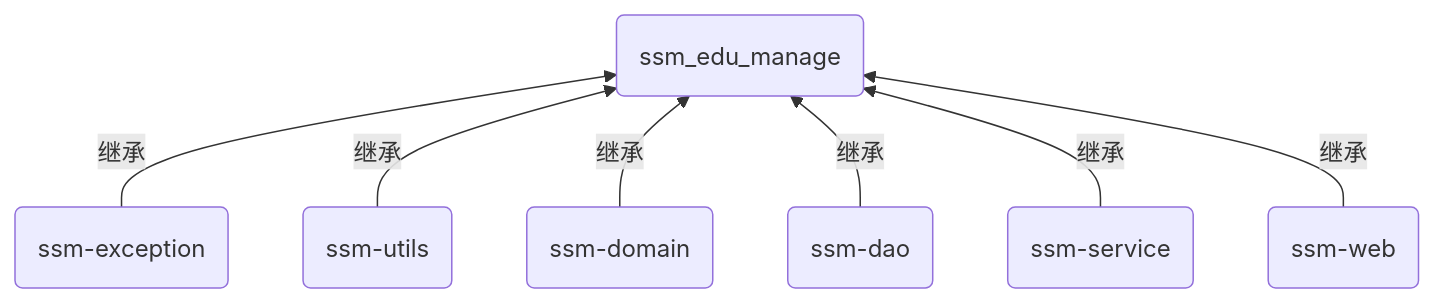
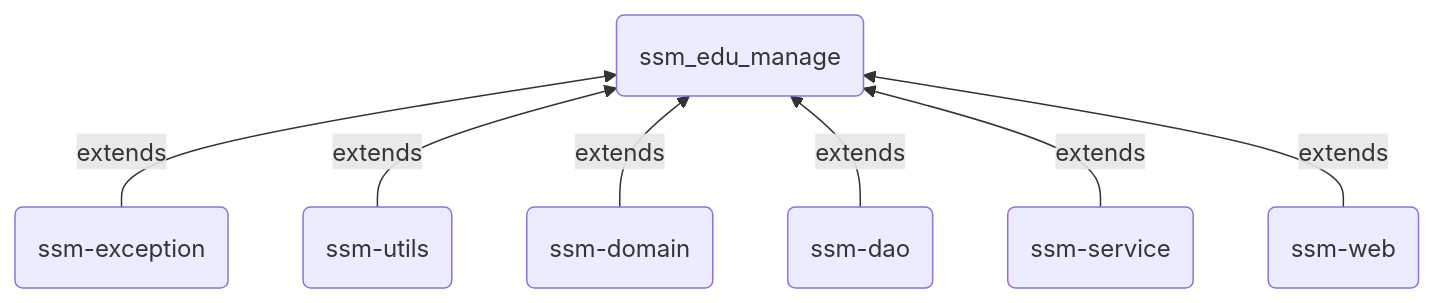
Before and after one commit to domeniczz/learnJavaDev: diagram 26 of 42 in DevTech/Spring.md, drawn with Mermaid. The commit also changed other lines of this file and 6 other files, not shown here.

````diff
--- a/DevTech/Spring.md
+++ b/DevTech/Spring.md
@@ -7891,9 +7999,9 @@
 ```mermaid
 flowchart BT
-    G(ssm-exception) --继承--> A(ssm_edu_manage)
-    B(ssm-utils) --继承--> A
-    C(ssm-domain) --继承--> A
-    D(ssm-dao) --继承--> A
-    E(ssm-service) --继承--> A
-    F(ssm-web) --继承--> A
+    G(ssm-exception) --"extends"--> A(ssm_edu_manage)
+    B(ssm-utils) --"extends"--> A
+    C(ssm-domain) --"extends"--> A
+    D(ssm-dao) --"extends"--> A
+    E(ssm-service) --"extends"--> A
+    F(ssm-web) --"extends"--> A
 ```
````
